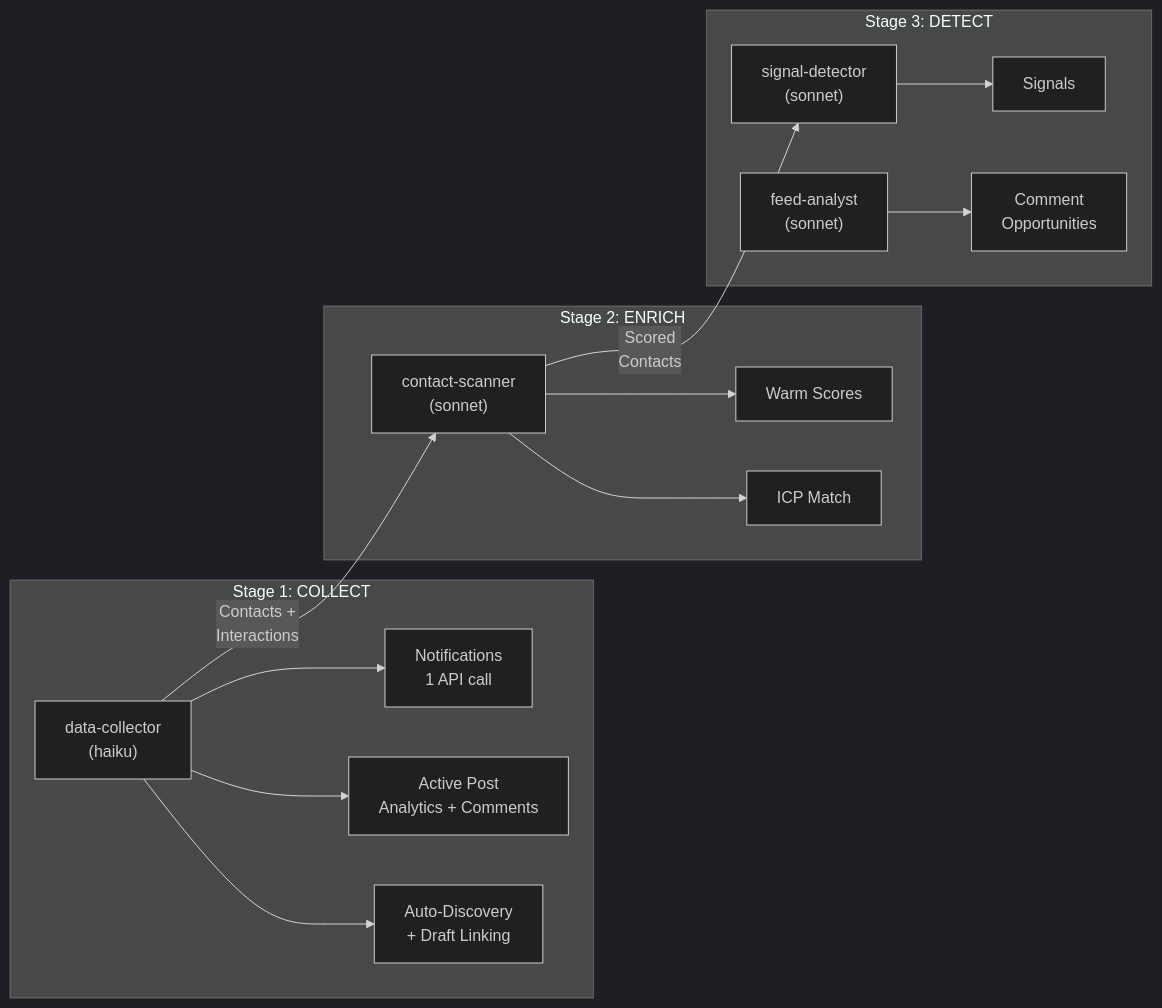
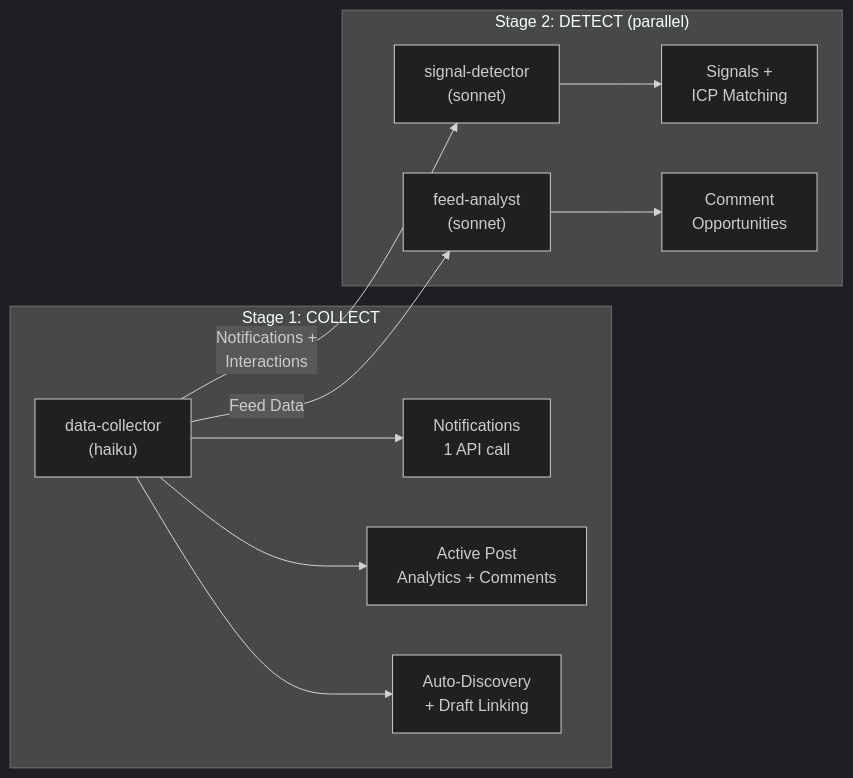
The third of 8 diagrams in plugin/README.md (sabania/linkedin-cli), drawn with Mermaid (dark theme) before and after one commit. The commit also changed other lines of this file and 13 other files, not shown here.

````diff
--- a/plugin/README.md
+++ b/plugin/README.md
@@ -77,32 +75,24 @@
 ```mermaid
 graph LR
     subgraph "Stage 1: COLLECT"
         DC["data-collector<br/>(haiku)"]
         N["Notifications<br/>1 API call"]
         A["Active Post<br/>Analytics + Comments"]
         AD["Auto-Discovery<br/>+ Draft Linking"]
         DC --> N
         DC --> A
         DC --> AD
     end
 
-    subgraph "Stage 2: ENRICH"
-        CS["contact-scanner<br/>(sonnet)"]
-        WS["Warm Scores"]
-        ICP["ICP Match"]
-        CS --> WS
-        CS --> ICP
-    end
-
-    subgraph "Stage 3: DETECT"
+    subgraph "Stage 2: DETECT (parallel)"
         SD["signal-detector<br/>(sonnet)"]
         FA["feed-analyst<br/>(sonnet)"]
-        SIG["Signals"]
+        SIG["Signals +<br/>ICP Matching"]
         OPP["Comment<br/>Opportunities"]
         SD --> SIG
         FA --> OPP
     end
 
-    DC -->|"Contacts +<br/>Interactions"| CS
-    CS -->|"Scored<br/>Contacts"| SD
+    DC -->|"Notifications +<br/>Interactions"| SD
+    DC -->|"Feed Data"| FA
 ```
````
